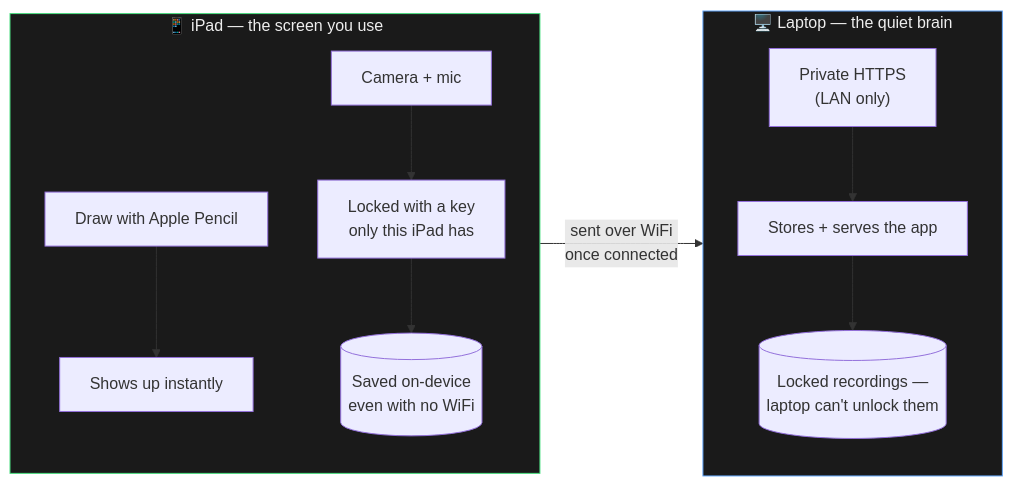
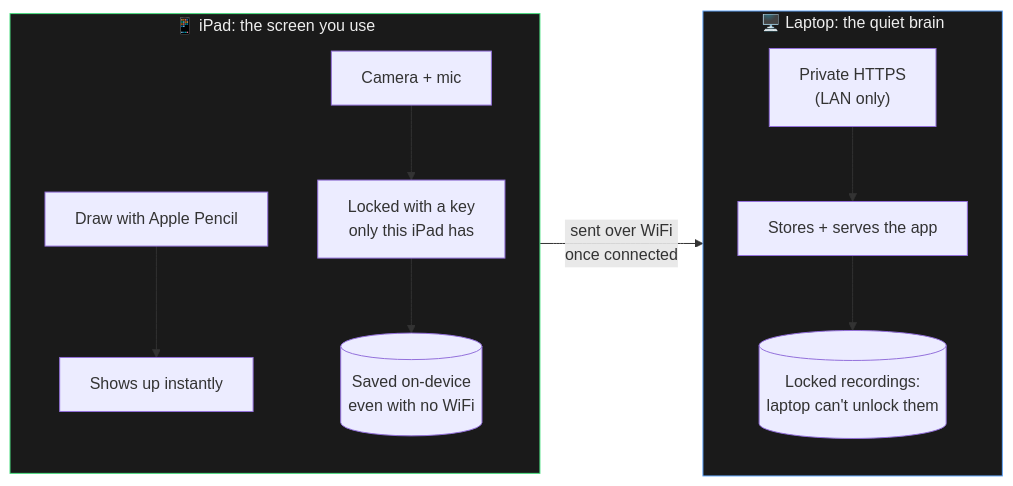
One commit to KevinTrinhDev/inkboard changed the diagram in README.md. Above: the diagram before and after it, drawn with Mermaid. The commit also changed other lines of this file and 45 other files, not shown here.

````diff
--- a/README.md
+++ b/README.md
@@ -29,22 +29,22 @@
 ```mermaid
 flowchart LR
-    subgraph iPad["📱 iPad — the screen you use"]
+    subgraph iPad["📱 iPad: the screen you use"]
         direction TB
         pencil["Draw with Apple Pencil"] --> canvas["Shows up instantly"]
         cam["Camera + mic"] --> lock["Locked with a key<br/>only this iPad has"]
         lock --> queue[("Saved on-device<br/>even with no WiFi")]
     end
 
-    subgraph xps["🖥️ Laptop — the quiet brain"]
+    subgraph xps["🖥️ Laptop: the quiet brain"]
         direction TB
         caddy["Private HTTPS<br/>(LAN only)"] --> server["Stores + serves the app"]
-        server --> disk[("Locked recordings —<br/>laptop can't unlock them")]
+        server --> disk[("Locked recordings:<br/>laptop can't unlock them")]
     end
 
     queue -->|"sent over WiFi<br/>once connected"| caddy
 
     classDef device fill:#1a1a1a,stroke:#4ade80,color:#eee
     classDef server fill:#1a1a1a,stroke:#60a5fa,color:#eee
     class iPad device
     class xps server
 ```
````
